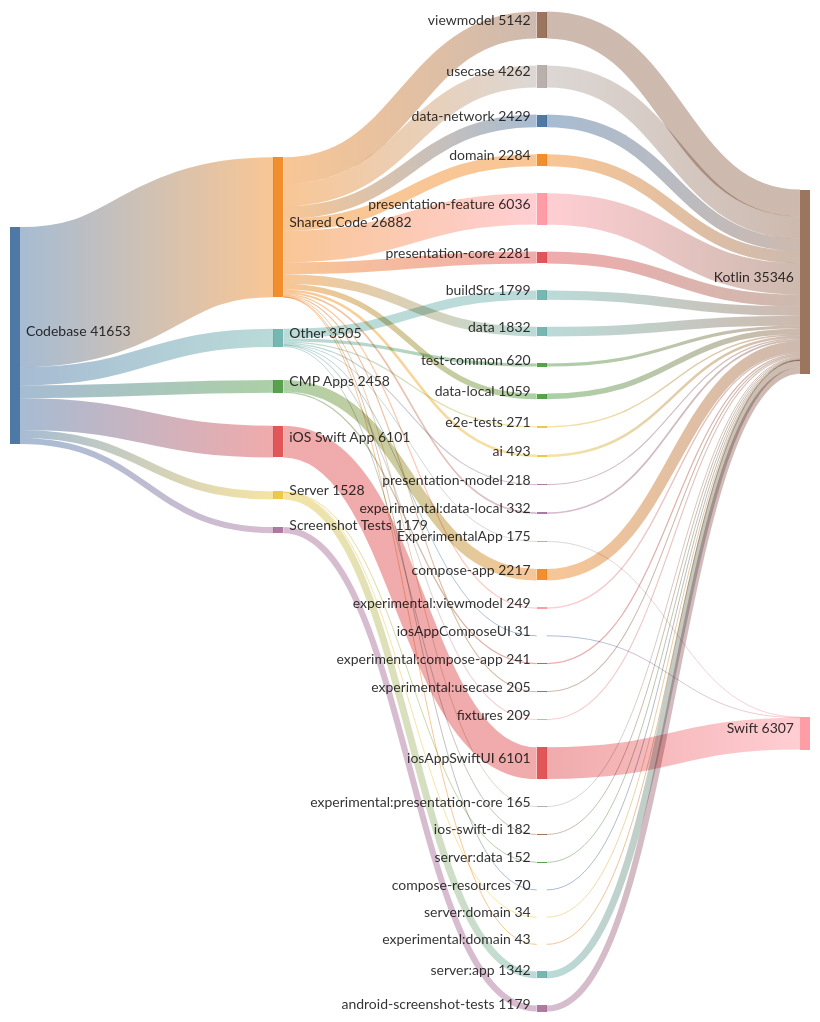
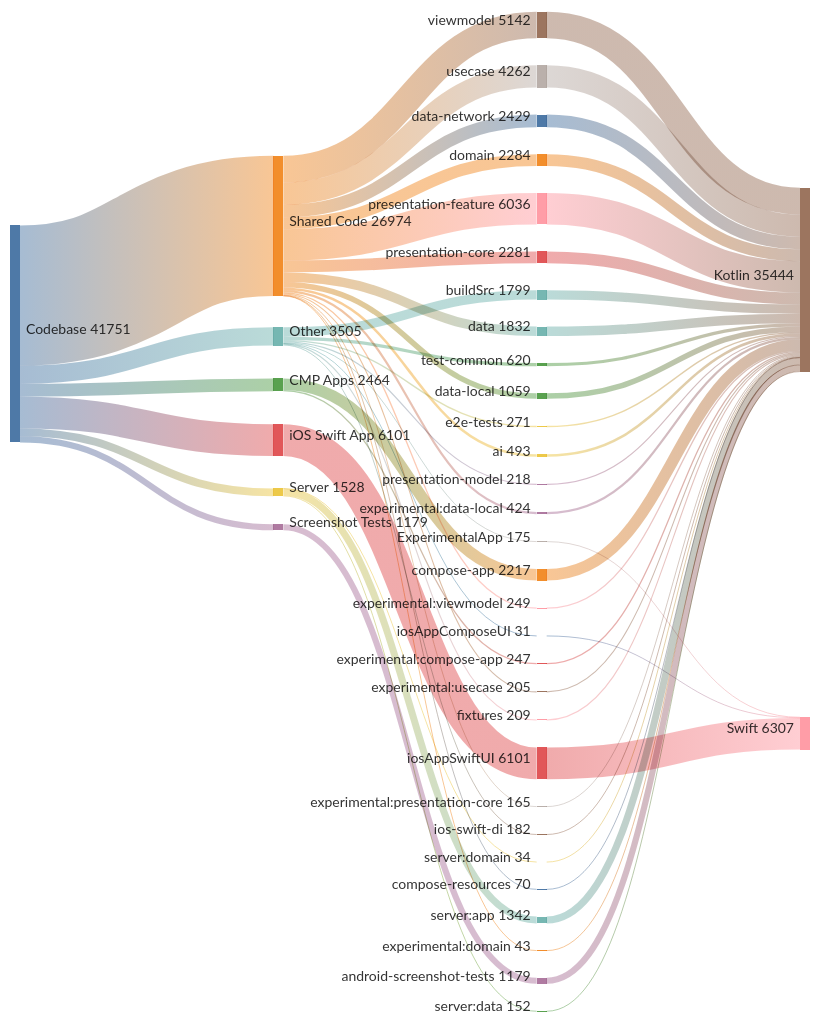
The second of 2 diagrams in README.md (cartland/battery-butler), drawn with Mermaid before and after one commit. The commit also changed 2 other files, not shown here.

Commit message:
docs(generated): Regenerate architecture diagrams and analysis (#1016)

```diff
--- a/README.md
+++ b/README.md
@@ -213,10 +213,10 @@
 %% GENERATED FILE - DO NOT EDIT
 sankey-beta
 
-Codebase,Shared Code,26882
+Codebase,Shared Code,26974
 Codebase,iOS Swift App,6101
 Codebase,Other,3505
-Codebase,CMP Apps,2458
+Codebase,CMP Apps,2464
 Codebase,Server,1528
 Codebase,Screenshot Tests,1179
 
@@ -229,7 +229,7 @@
 Shared Code,data,1832
 Shared Code,data-local,1059
 Shared Code,ai,493
-Shared Code,experimental:data-local,332
+Shared Code,experimental:data-local,424
 Shared Code,experimental:viewmodel,249
 Shared Code,experimental:usecase,205
 Shared Code,experimental:presentation-core,165
@@ -248,7 +248,7 @@
 Other,iosAppComposeUI,31
 
 CMP Apps,compose-app,2217
-CMP Apps,experimental:compose-app,241
+CMP Apps,experimental:compose-app,247
 
 Server,server:app,1342
 Server,server:data,152
@@ -271,10 +271,10 @@
 data-local,Kotlin,1059
 test-common,Kotlin,620
 ai,Kotlin,493
-experimental:data-local,Kotlin,332
+experimental:data-local,Kotlin,424
 e2e-tests,Kotlin,271
 experimental:viewmodel,Kotlin,249
-experimental:compose-app,Kotlin,241
+experimental:compose-app,Kotlin,247
 presentation-model,Kotlin,218
 fixtures,Kotlin,209
 experimental:usecase,Kotlin,205
```
